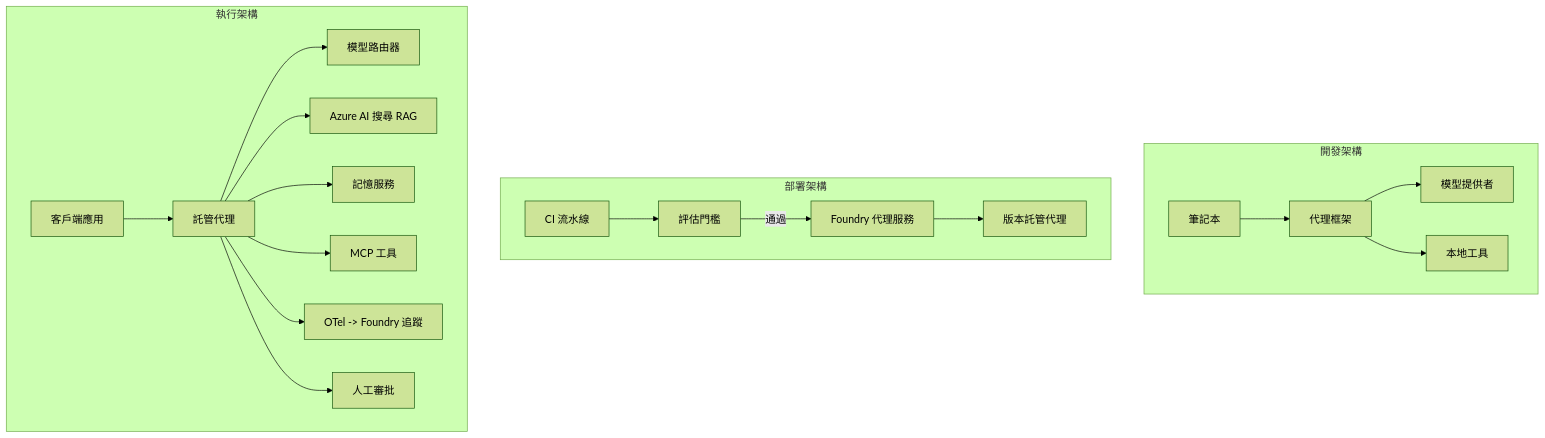
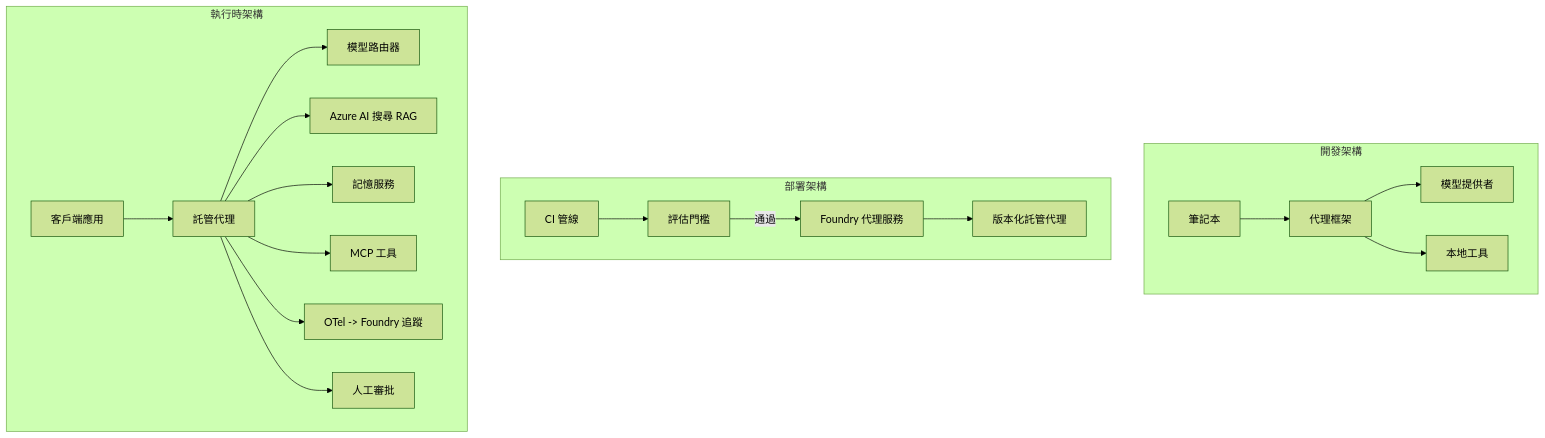
Before and after one commit to gabrielmoreira/agent-skills-mirror: the fourth of 4 diagrams in mirrors/repos/microsoft@ai-agents-for-beginners/translations/zh-HK/16-deploying-scalable-agents/README.md, drawn with Mermaid (forest theme). The commit also changed other lines of this file and 3581 other files, not shown here.

````diff
--- a/mirrors/repos/microsoft@ai-agents-for-beginners/translations/zh-HK/16-deploying-scalable-agents/README.md
+++ b/mirrors/repos/microsoft@ai-agents-for-beginners/translations/zh-HK/16-deploying-scalable-agents/README.md
@@ -185,22 +185,22 @@
 ```mermaid
 flowchart TB
     subgraph Dev[開發架構]
         D1[筆記本] --> D2[代理框架]
         D2 --> D3[模型提供者]
         D2 --> D4[本地工具]
     end
     subgraph Deploy[部署架構]
-        E1[CI 流水線] --> E2[評估門檻]
+        E1[CI 管線] --> E2[評估門檻]
         E2 -->|通過| E3[Foundry 代理服務]
-        E3 --> E4[版本託管代理]
+        E3 --> E4[版本化託管代理]
     end
-    subgraph Run[執行架構]
+    subgraph Run[執行時架構]
         F1[客戶端應用] --> F2[託管代理]
         F2 --> F3[模型路由器]
         F2 --> F4[Azure AI 搜尋 RAG]
         F2 --> F5[記憶服務]
         F2 --> F6[MCP 工具]
         F2 --> F7[OTel -> Foundry 追蹤]
         F2 --> F8[人工審批]
     end
 ```
````
